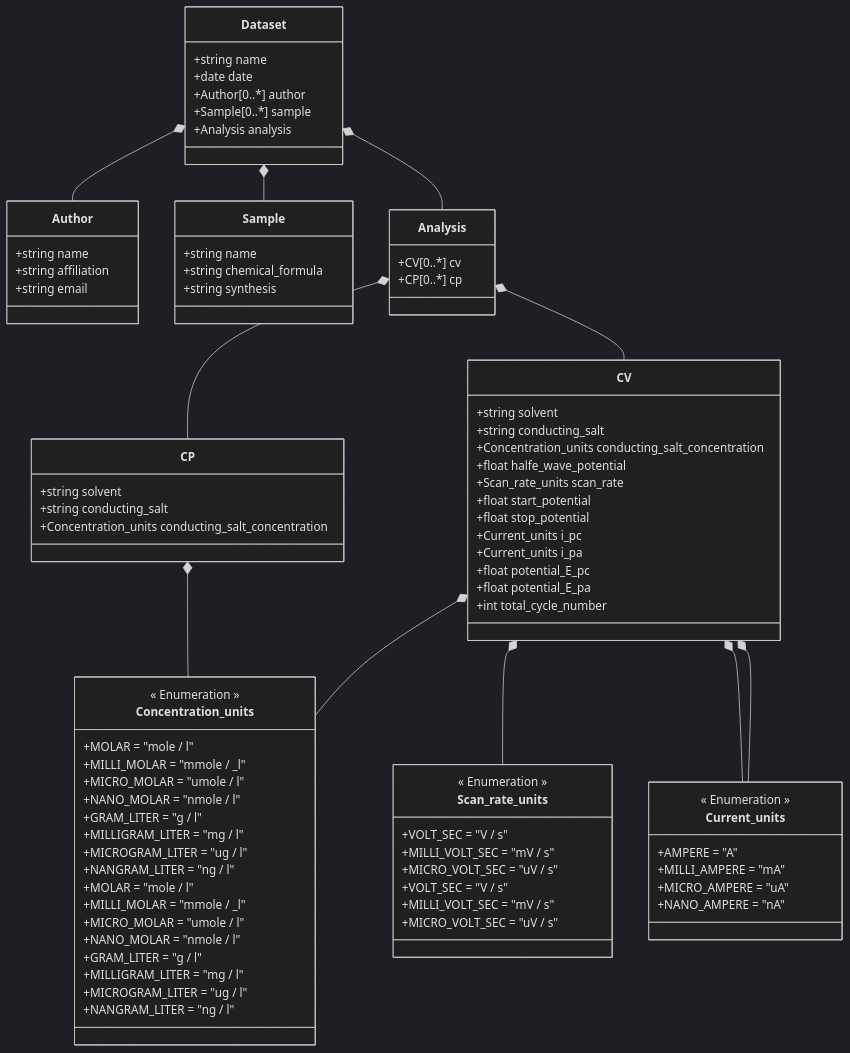
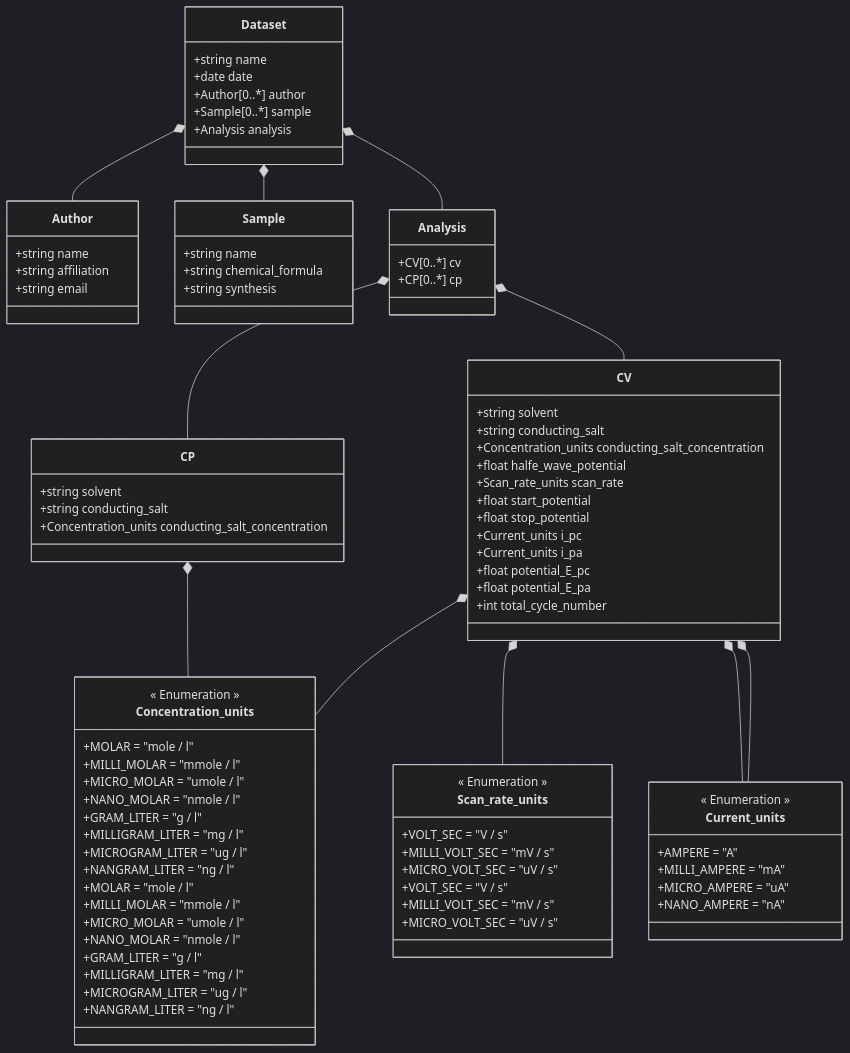
Before and after one commit to FAIRChemistry/datamodel-electrochemistry: the diagram in ElectrochemistryDataModel/schemes/Datamodel for Electrochemistry.md, drawn with Mermaid (dark theme). The commit also changed 6 other files, not shown here.

```diff
--- a/ElectrochemistryDataModel/schemes/Datamodel for Electrochemistry.md
+++ b/ElectrochemistryDataModel/schemes/Datamodel for Electrochemistry.md
@@ -60,7 +60,7 @@
     class Concentration_units {
         << Enumeration >>
         +MOLAR = "mole / l"
-        +MILLI_MOLAR = "mmole / _l"
+        +MILLI_MOLAR = "mmole / l"
         +MICRO_MOLAR = "umole / l"
         +NANO_MOLAR = "nmole / l"
         +GRAM_LITER = "g / l"
@@ -72,7 +72,7 @@
     class Concentration_units {
         << Enumeration >>
         +MOLAR = "mole / l"
-        +MILLI_MOLAR = "mmole / _l"
+        +MILLI_MOLAR = "mmole / l"
         +MICRO_MOLAR = "umole / l"
         +NANO_MOLAR = "nmole / l"
         +GRAM_LITER = "g / l"
```
